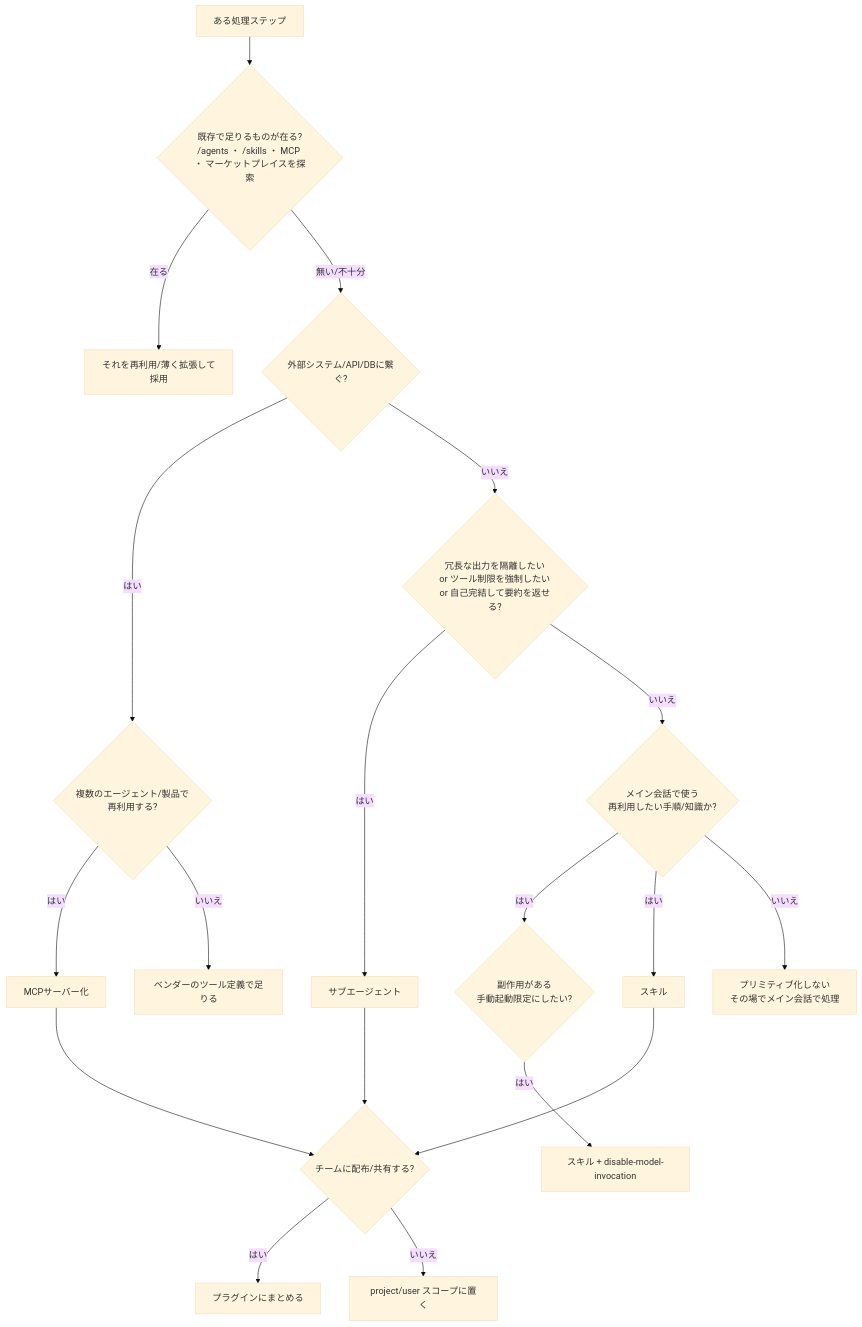
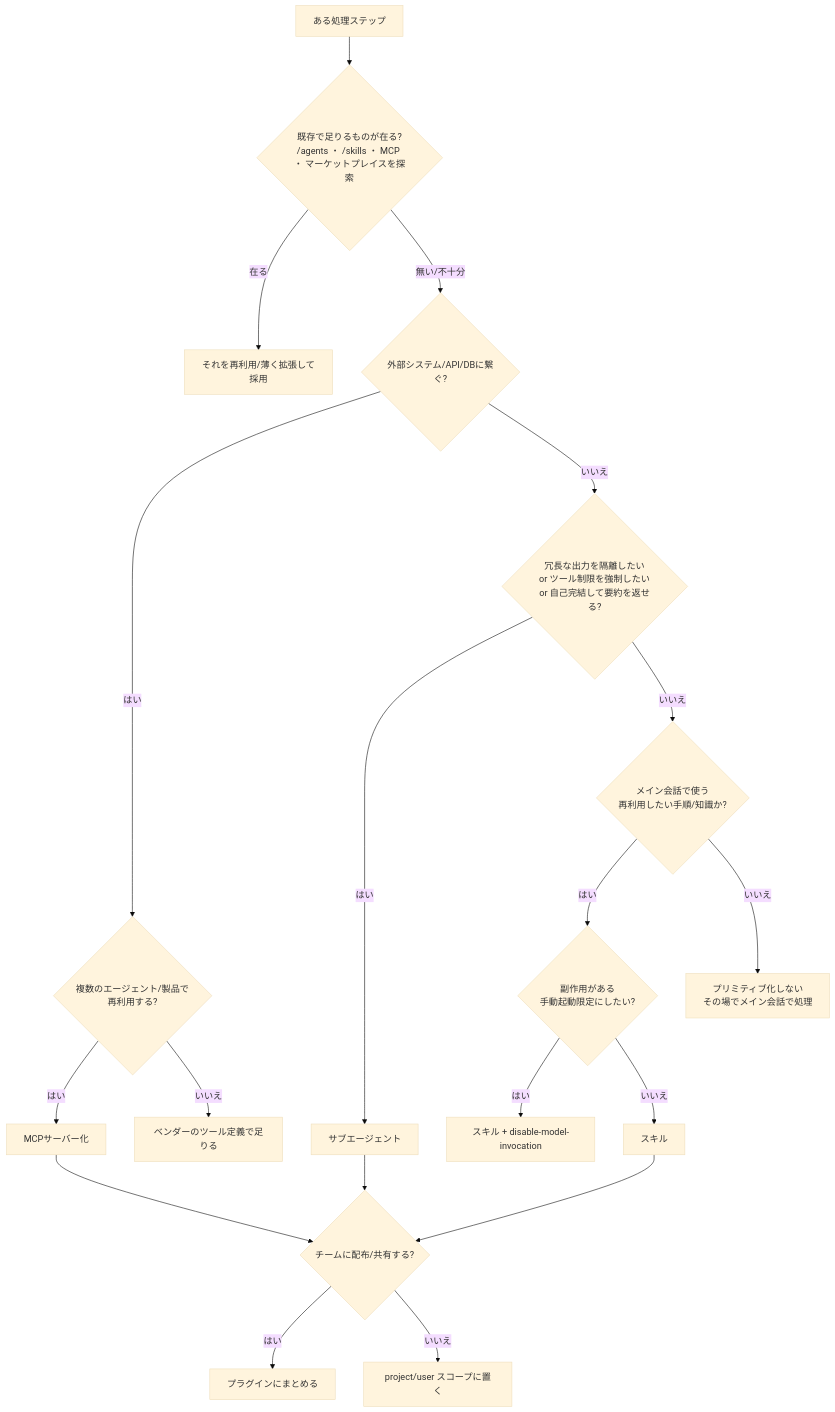
One commit to shinpeihimazin-hub/app changed the diagram in 08-agent-primitives-and-composition.md. Above: the diagram before and after it, drawn with Mermaid (base theme). The commit also changed other lines of this file and 1 other file, not shown here.

````diff
--- a/08-agent-primitives-and-composition.md
+++ b/08-agent-primitives-and-composition.md
@@ -191,21 +191,21 @@
 ```mermaid
 flowchart TD
     A[ある処理ステップ] --> R{既存で足りるものが在る?<br/>/agents ・ /skills ・ MCP ・ マーケットプレイスを探索}
     R -- 在る --> REUSE[それを再利用/薄く拡張して採用]
     R -- 無い/不十分 --> B{外部システム/API/DBに繋ぐ?}
     B -- はい --> M{複数のエージェント/製品で再利用する?}
     M -- はい --> MCP[MCPサーバー化]
     M -- いいえ --> TOOL[ベンダーのツール定義で足りる]
     B -- いいえ --> C{冗長な出力を隔離したい<br/>or ツール制限を強制したい<br/>or 自己完結して要約を返せる?}
     C -- はい --> SUB[サブエージェント]
     C -- いいえ --> D{メイン会話で使う<br/>再利用したい手順/知識か?}
     D -- はい --> E{副作用がある<br/>手動起動限定にしたい?}
     E -- はい --> SKILLM[スキル + disable-model-invocation]
-    D -- はい --> SKILL[スキル]
+    E -- いいえ --> SKILL[スキル]
     D -- いいえ --> MAIN[プリミティブ化しない<br/>その場でメイン会話で処理]
     SUB --> DIST{チームに配布/共有する?}
     SKILL --> DIST
     MCP --> DIST
     DIST -- はい --> PLUGIN[プラグインにまとめる]
     DIST -- いいえ --> SCOPE[project/user スコープに置く]
 ```
````
